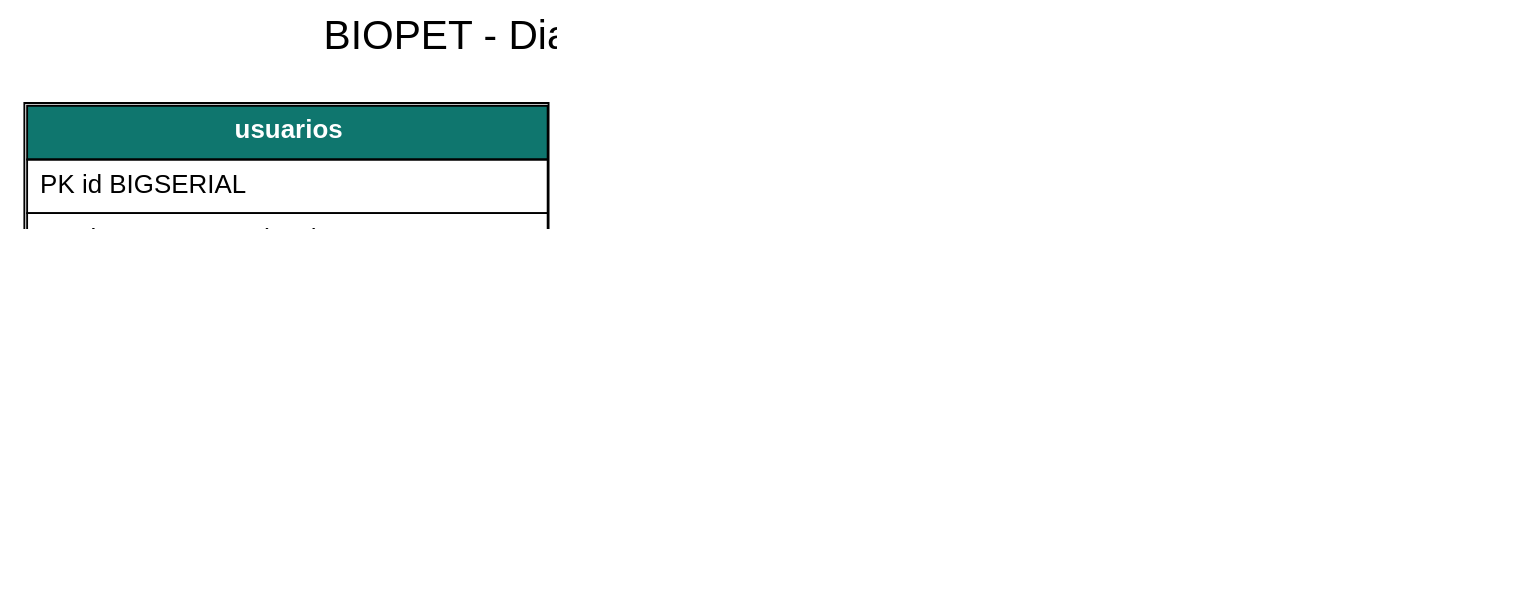
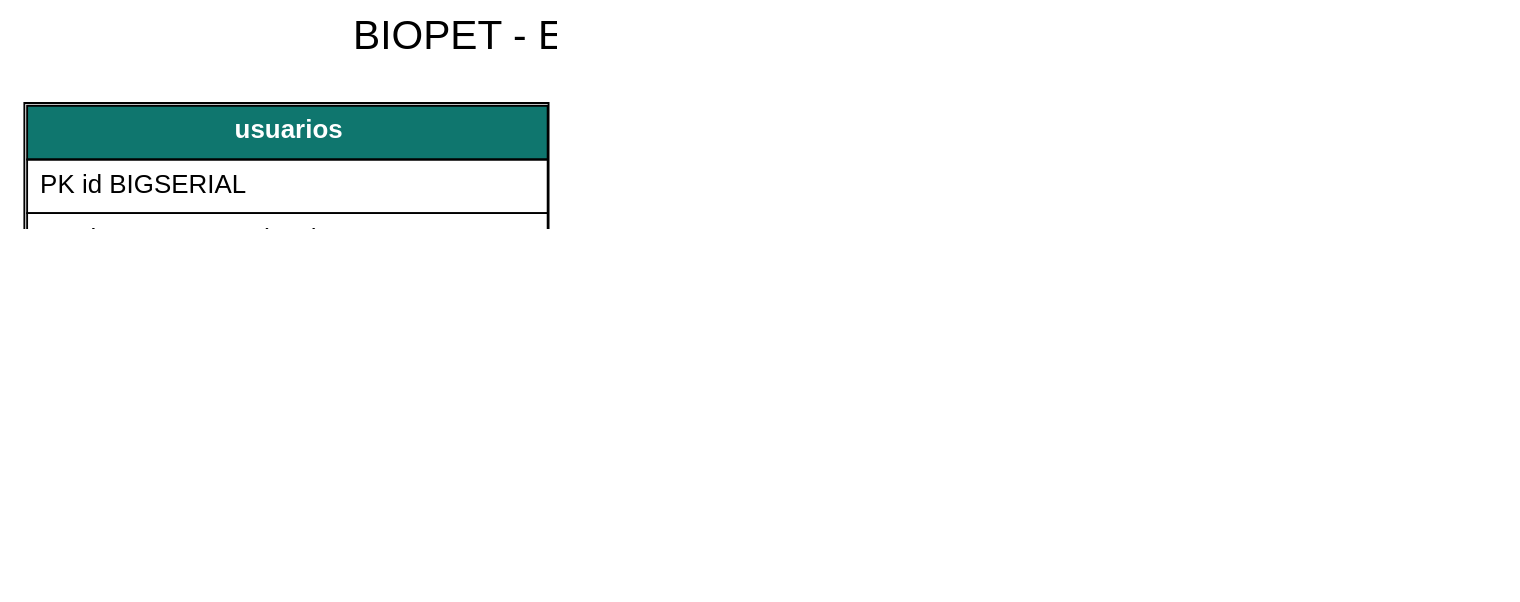
One commit to Grinjoww/ENTREGA-FINAL-BIOPET changed the diagram in docs/diagrams/der-biopet/der-biopet.dot. Above: the diagram before and after it, drawn with Graphviz. The commit also changed 9 other files, not shown here.

```diff
--- a/docs/diagrams/der-biopet/der-biopet.dot
+++ b/docs/diagrams/der-biopet/der-biopet.dot
@@ -1,30 +1,30 @@
 digraph ERD {
-  graph [rankdir=LR, dpi=200, bgcolor="white", fontname="Arial", label="BIOPET - Diagrama Entidad-Relación Entrega 1B", labelloc=t, fontsize=22];
+  graph [rankdir=LR, dpi=200, bgcolor="white", fontname="Arial", label="BIOPET - Entity-Relationship Diagram (v1.0.0)", labelloc=t, fontsize=22];
   node [shape=plaintext, fontname="Arial"];
   usuarios [label=<
   <TABLE BORDER="1" CELLBORDER="1" CELLSPACING="0" CELLPADDING="6">
     <TR><TD BGCOLOR="#0F766E"><FONT COLOR="white"><B>usuarios</B></FONT></TD></TR>
     <TR><TD ALIGN="LEFT">PK id BIGSERIAL</TD></TR>
     <TR><TD ALIGN="LEFT">nombre VARCHAR(100) NOT NULL</TD></TR>
     <TR><TD ALIGN="LEFT">email VARCHAR(255) UNIQUE NOT NULL</TD></TR>
     <TR><TD ALIGN="LEFT">password_hash VARCHAR(255) NOT NULL</TD></TR>
     <TR><TD ALIGN="LEFT">rol VARCHAR(30) CHECK</TD></TR>
     <TR><TD ALIGN="LEFT">activo BOOLEAN DEFAULT TRUE</TD></TR>
     <TR><TD ALIGN="LEFT">creado_en TIMESTAMPTZ</TD></TR>
     <TR><TD ALIGN="LEFT">actualizado_en TIMESTAMPTZ</TD></TR>
   </TABLE>>];
   mascotas [label=<
   <TABLE BORDER="1" CELLBORDER="1" CELLSPACING="0" CELLPADDING="6">
     <TR><TD BGCOLOR="#2563EB"><FONT COLOR="white"><B>mascotas</B></FONT></TD></TR>
     <TR><TD ALIGN="LEFT">PK id BIGSERIAL</TD></TR>
     <TR><TD ALIGN="LEFT">FK duenio_id BIGINT</TD></TR>
     <TR><TD ALIGN="LEFT">nombre VARCHAR(50) NOT NULL</TD></TR>
     <TR><TD ALIGN="LEFT">especie VARCHAR(30) NOT NULL</TD></TR>
     <TR><TD ALIGN="LEFT">raza VARCHAR(50) NOT NULL</TD></TR>
     <TR><TD ALIGN="LEFT">fecha_nacimiento DATE NOT NULL</TD></TR>
     <TR><TD ALIGN="LEFT">activo BOOLEAN DEFAULT TRUE</TD></TR>
     <TR><TD ALIGN="LEFT">creado_en TIMESTAMPTZ</TD></TR>
     <TR><TD ALIGN="LEFT">actualizado_en TIMESTAMPTZ</TD></TR>
   </TABLE>>];
-  usuarios -> mascotas [label="1 a N\nusuarios.id = mascotas.duenio_id", color="#334155"];
+  usuarios -> mascotas [label="1 to N\nusuarios.id = mascotas.duenio_id", color="#334155"];
 }
```
